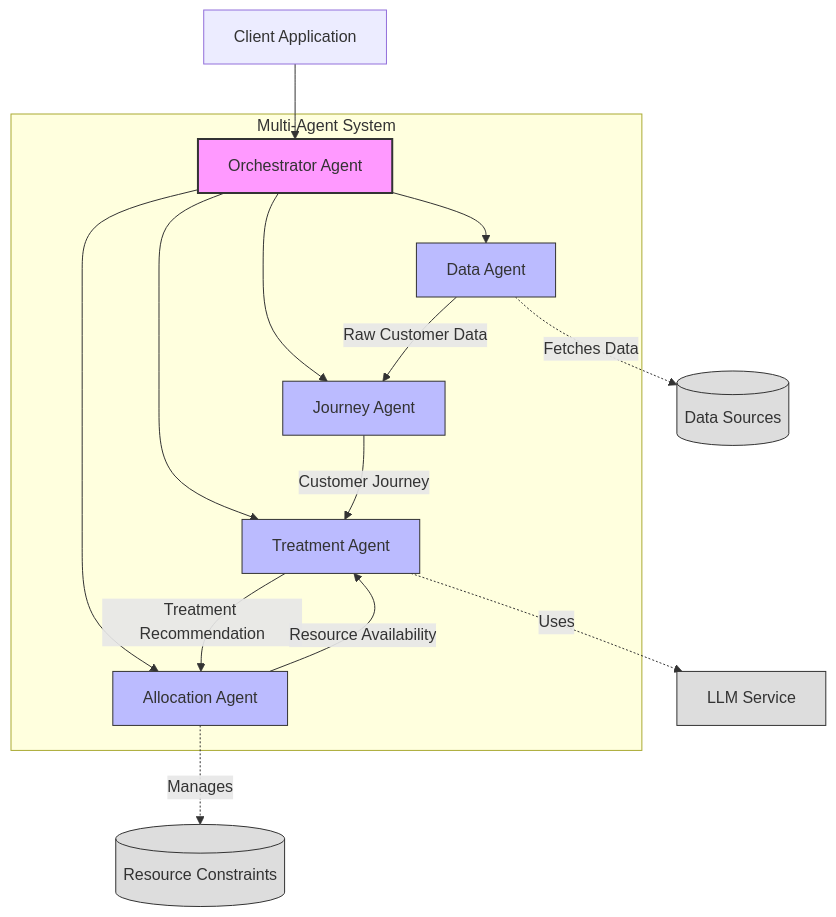
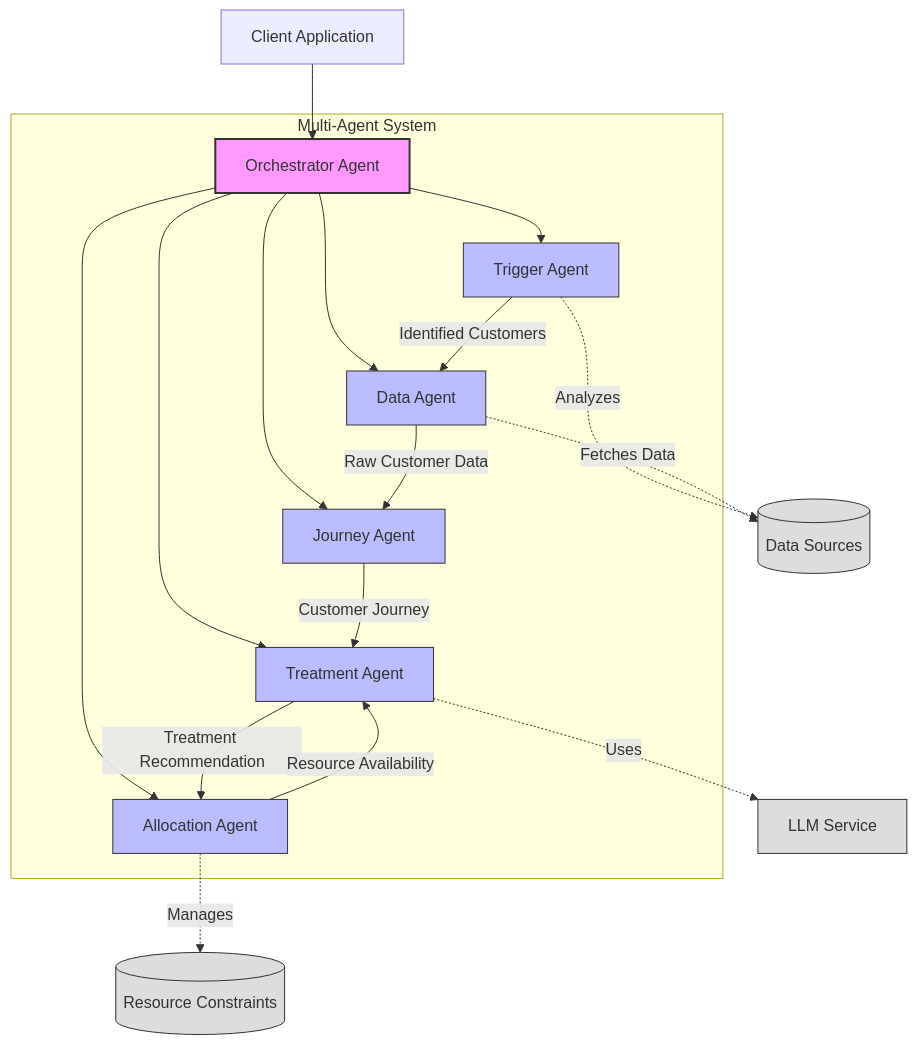
One commit to Tarek0/cvm_agents changed the first of 2 diagrams in README.md. Above: the diagram before and after it, drawn with Mermaid. The commit also changed other lines of this file and 2 other files, not shown here.

Commit message:
Update architecture documentation to include Trigger agent

````diff
--- a/README.md
+++ b/README.md
@@ -242,28 +242,31 @@
 ```mermaid
 flowchart TD
     client[Client Application] --> orch
     
     subgraph "Multi-Agent System"
-        orch[Orchestrator Agent] --> data
+        orch[Orchestrator Agent] --> trigger
+        orch --> data
         orch --> journey
         orch --> treatment
         orch --> allocation
         
+        trigger[Trigger Agent] --> |Identified Customers| data
         data[Data Agent] --> |Raw Customer Data| journey
         journey[Journey Agent] --> |Customer Journey| treatment
         treatment[Treatment Agent] --> |Treatment Recommendation| allocation
         allocation[Allocation Agent] --> |Resource Availability| treatment
     end
     
-    data -.-> |Fetches Data| db[(Data Sources)]
+    trigger -.-> |Analyzes| db[(Data Sources)]
+    data -.-> |Fetches Data| db
     treatment -.-> |Uses| llm[LLM Service]
     allocation -.-> |Manages| constraints[(Resource Constraints)]
     
     classDef primary fill:#f9f,stroke:#333,stroke-width:2px;
     classDef secondary fill:#bbf,stroke:#333,stroke-width:1px;
     classDef external fill:#ddd,stroke:#333,stroke-width:1px;
     
     class orch primary;
-    class data,journey,treatment,allocation secondary;
+    class trigger,data,journey,treatment,allocation secondary;
     class db,llm,constraints external;
 ```
````
